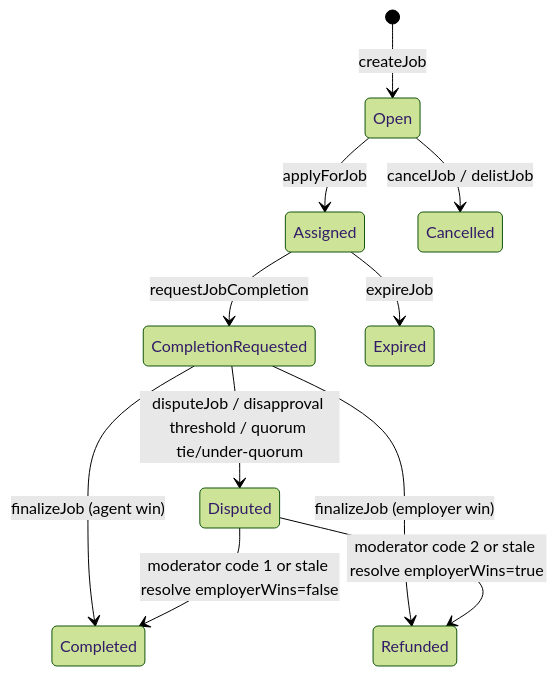
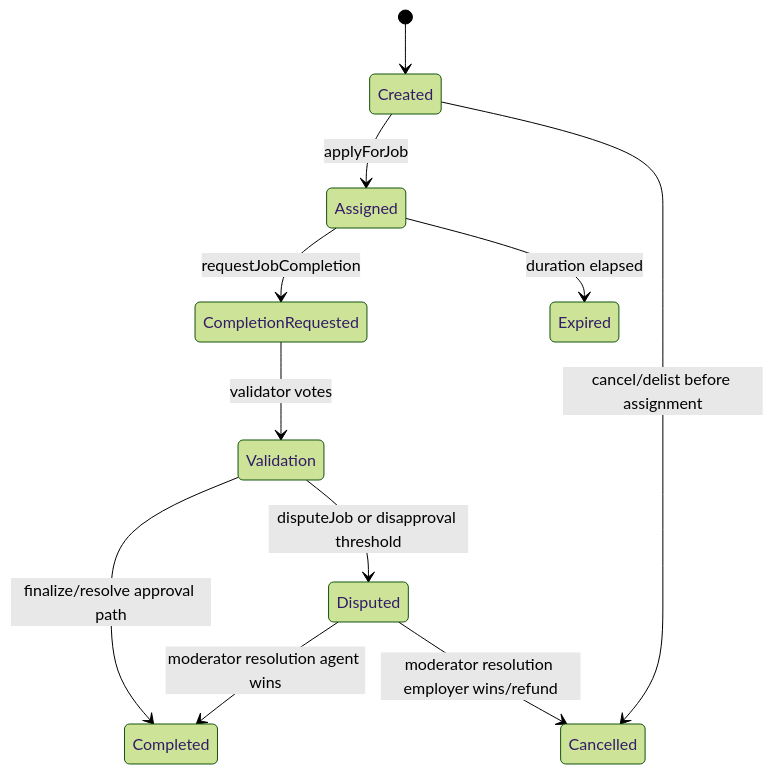
Before and after one commit to MontrealAI/AGIJobManager: the third of 4 diagrams in docs/DEPLOYMENT/OWNER_MAINNET_DEPLOYMENT_AND_OPERATIONS_GUIDE.md, drawn with Mermaid (forest theme). The commit also changed other lines of this file, not shown here.

````diff
--- a/docs/DEPLOYMENT/OWNER_MAINNET_DEPLOYMENT_AND_OPERATIONS_GUIDE.md
+++ b/docs/DEPLOYMENT/OWNER_MAINNET_DEPLOYMENT_AND_OPERATIONS_GUIDE.md
@@ -356,13 +312,13 @@
 ```mermaid
 stateDiagram-v2
-  [*] --> Open : createJob
-  Open --> Assigned : applyForJob
-  Assigned --> CompletionRequested : requestJobCompletion
-  CompletionRequested --> Completed : finalizeJob (agent win)
-  CompletionRequested --> Refunded : finalizeJob (employer win)
-  CompletionRequested --> Disputed : disputeJob / disapproval threshold / quorum tie/under-quorum
-  Disputed --> Completed : moderator code 1 or stale resolve employerWins=false
-  Disputed --> Refunded : moderator code 2 or stale resolve employerWins=true
-  Assigned --> Expired : expireJob
-  Open --> Cancelled : cancelJob / delistJob
+  [*] --> Created
+  Created --> Assigned: applyForJob
+  Assigned --> CompletionRequested: requestJobCompletion
+  CompletionRequested --> Validation: validator votes
+  Validation --> Completed: finalize/resolve approval path
+  Validation --> Disputed: disputeJob or disapproval threshold
+  Assigned --> Expired: duration elapsed
+  Created --> Cancelled: cancel/delist before assignment
+  Disputed --> Completed: moderator resolution agent wins
+  Disputed --> Cancelled: moderator resolution employer wins/refund
 ```
````
